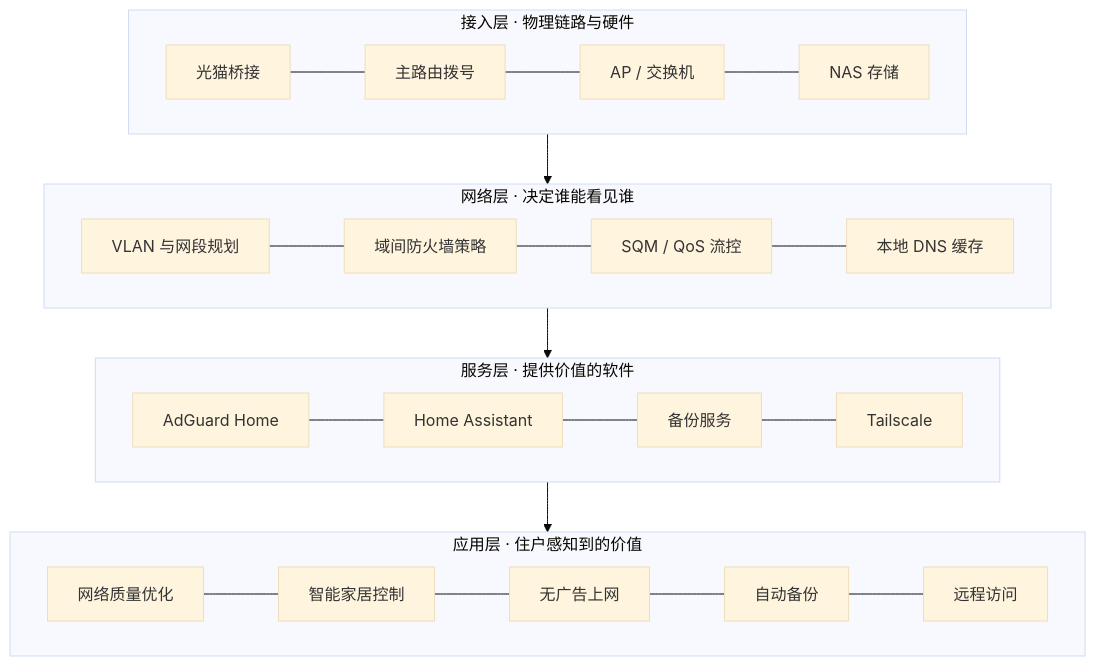
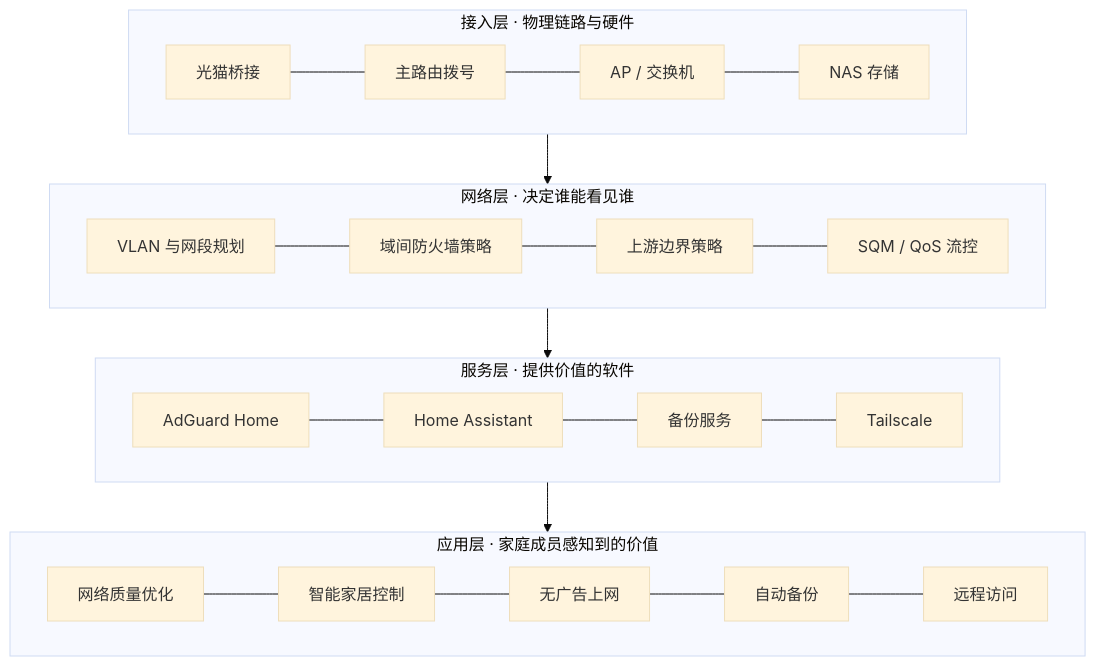
Before and after one commit to dandanliangle/home-private-cloud: the second of 2 diagrams in README.md, drawn with Mermaid (base theme). The commit also changed other lines of this file and 1 other file, not shown here.

````diff
--- a/README.md
+++ b/README.md
@@ -56,20 +56,20 @@
 ```mermaid
 flowchart TB
-    subgraph L4[应用层 · 住户感知到的价值]
+    subgraph L4[应用层 · 家庭成员感知到的价值]
         direction LR
         V1[网络质量优化] --- V2[智能家居控制] --- V3[无广告上网] --- V4[自动备份] --- V5[远程访问]
     end
     subgraph L3[服务层 · 提供价值的软件]
         direction LR
         S1[AdGuard Home] --- S2[Home Assistant] --- S3[备份服务] --- S4[Tailscale]
     end
     subgraph L2[网络层 · 决定谁能看见谁]
         direction LR
-        N1[VLAN 与网段规划] --- N2[域间防火墙策略] --- N3[SQM / QoS 流控] --- N4[本地 DNS 缓存]
+        N1[VLAN 与网段规划] --- N2[域间防火墙策略] --- N3[上游边界策略] --- N4[SQM / QoS 流控]
     end
     subgraph L1[接入层 · 物理链路与硬件]
         direction LR
         P1[光猫桥接] --- P2[主路由拨号] --- P3[AP / 交换机] --- P4[NAS 存储]
     end
     L1 --> L2 --> L3 --> L4
 ```
````
